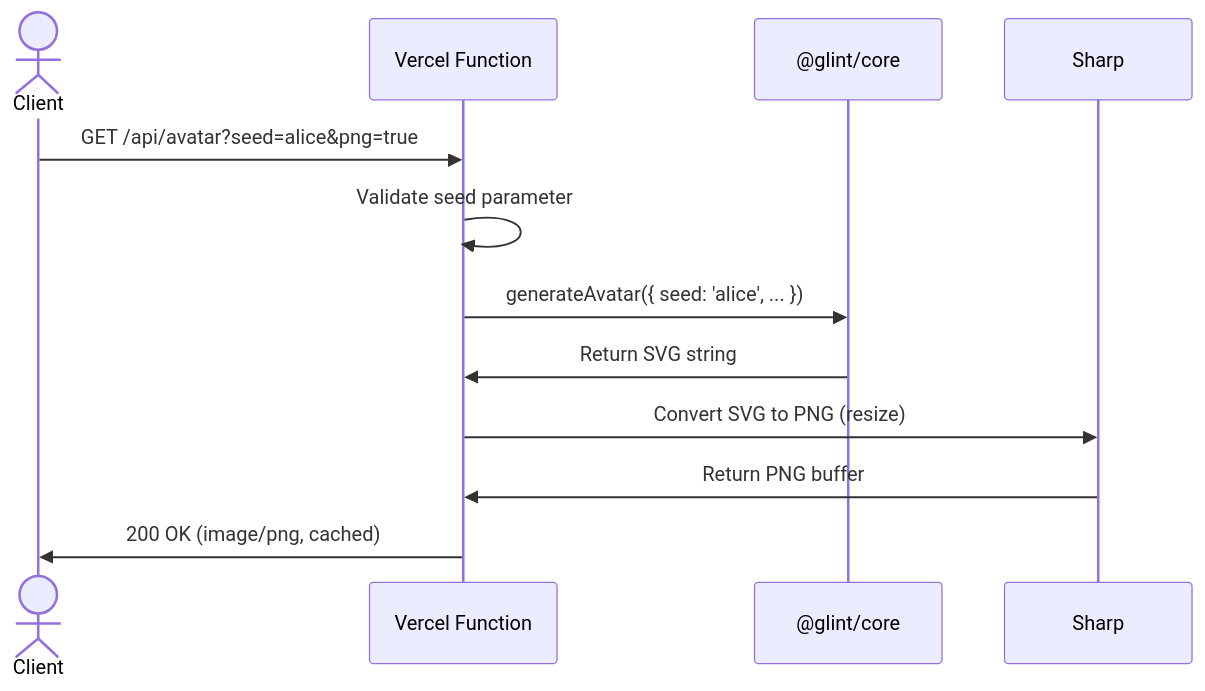
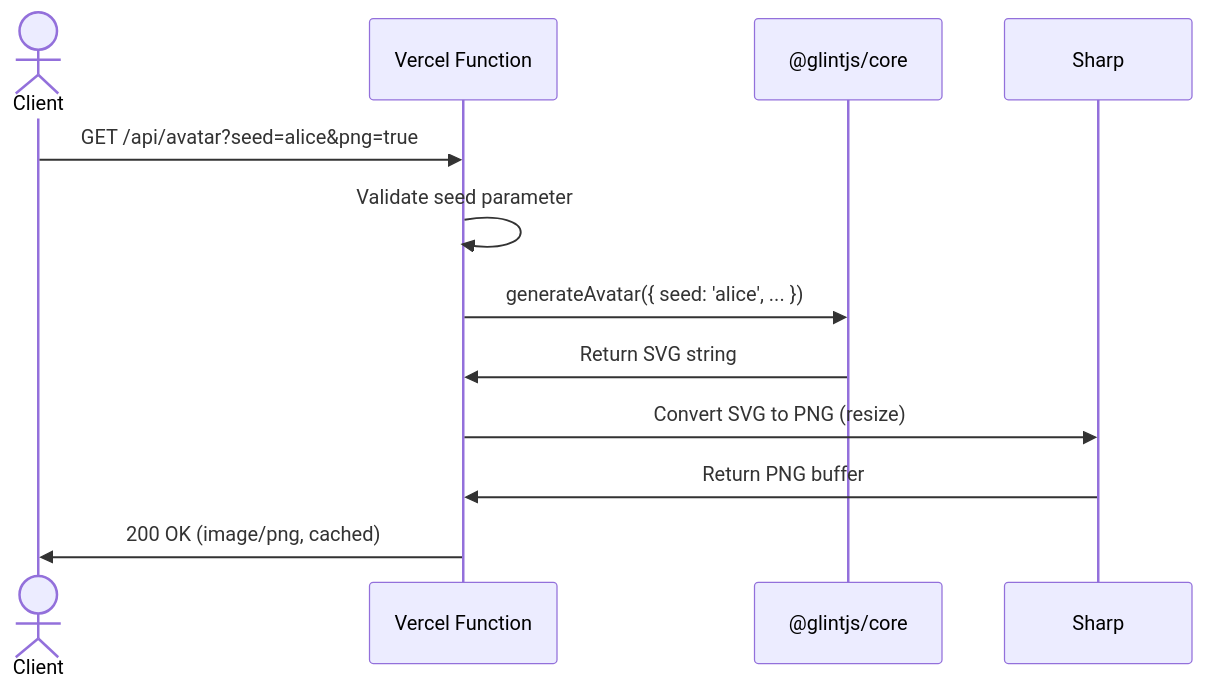
Before and after one commit to Charmingdc/glint: the second of 3 diagrams in apps/web/README.md, drawn with Mermaid. The commit also changed other lines of this file and 34 other files, not shown here.

````diff
--- a/apps/web/README.md
+++ b/apps/web/README.md
@@ -93,15 +93,15 @@
 ```mermaid
 sequenceDiagram
     actor C as Client
     participant F as Vercel Function
-    participant G as @glint/core
+    participant G as @glintjs/core
     participant S as Sharp
 
     C->>F: GET /api/avatar?seed=alice&png=true
     F->>F: Validate seed parameter
     F->>G: generateAvatar({ seed: 'alice', ... })
     G->>F: Return SVG string
     F->>S: Convert SVG to PNG (resize)
     S->>F: Return PNG buffer
     F->>C: 200 OK (image/png, cached)
 ```
````
